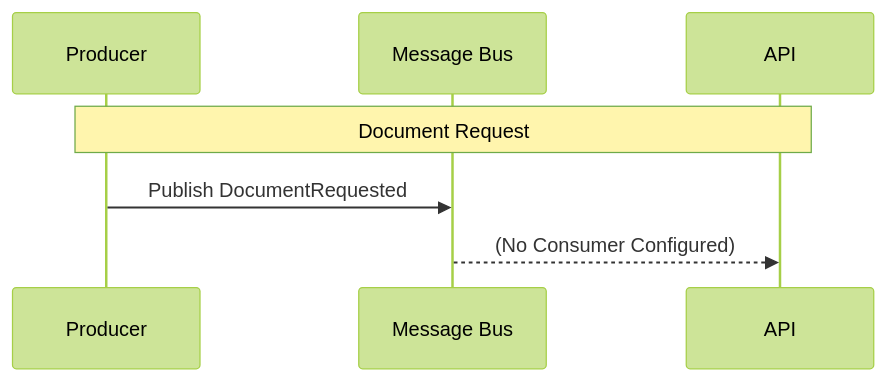
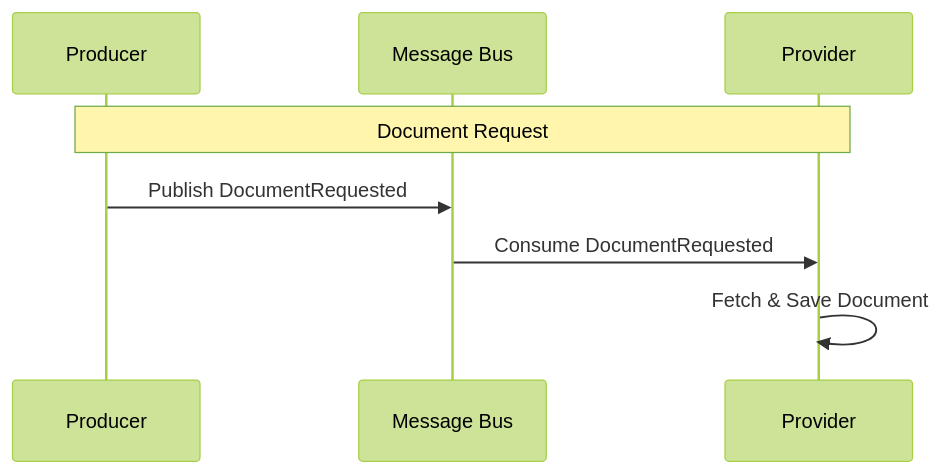
The diagram in docs/events/documents/DocumentRequested.md (jrandallsexton/sports-data-core), drawn with Mermaid (forest theme) before and after one commit. The commit also changed other lines of this file and 4 other files, not shown here.

````diff
--- a/docs/events/documents/DocumentRequested.md
+++ b/docs/events/documents/DocumentRequested.md
@@ -7,10 +7,11 @@
 ```mermaid
 sequenceDiagram
     participant P as Producer
     participant B as Message Bus
-    participant A as API
+    participant Pr as Provider
 
-    Note over P, A: Document Request
+    Note over P, Pr: Document Request
     P->>B: Publish DocumentRequested
-    B-->>A: (No Consumer Configured)
+    B->>Pr: Consume DocumentRequested
+    Pr->>Pr: Fetch & Save Document
 ```
````
